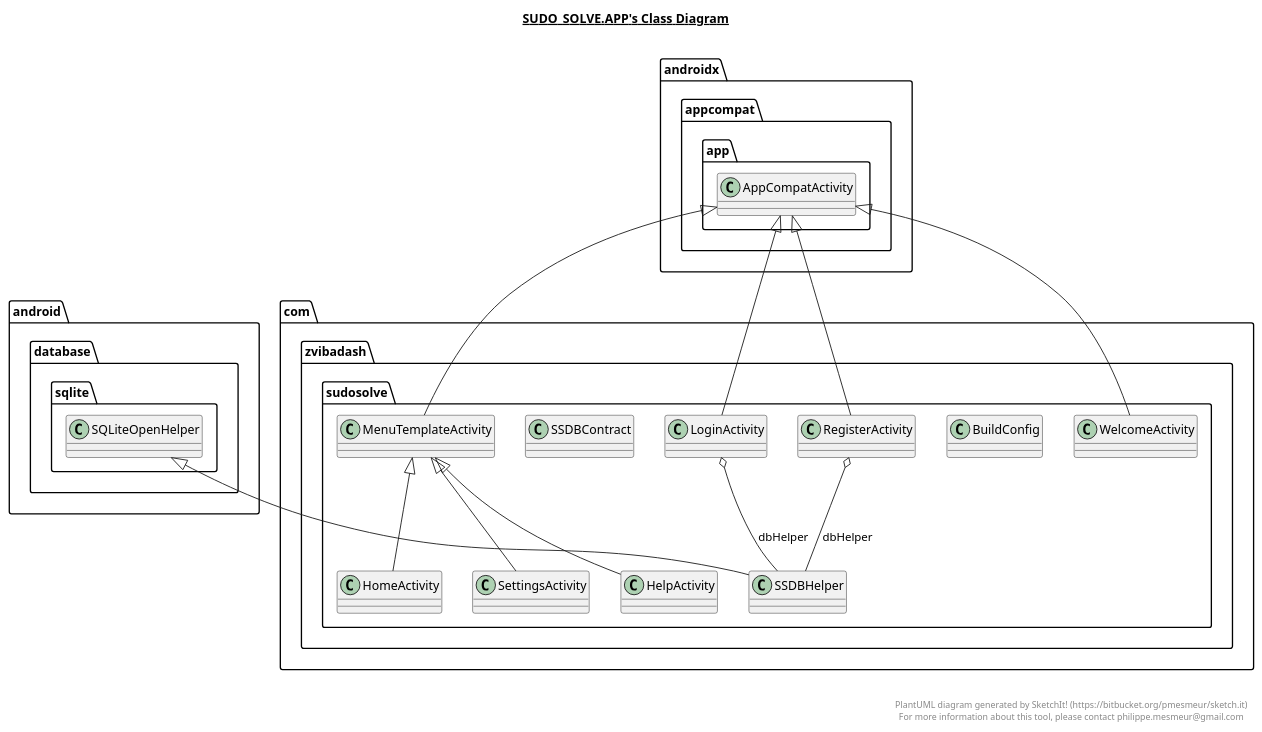
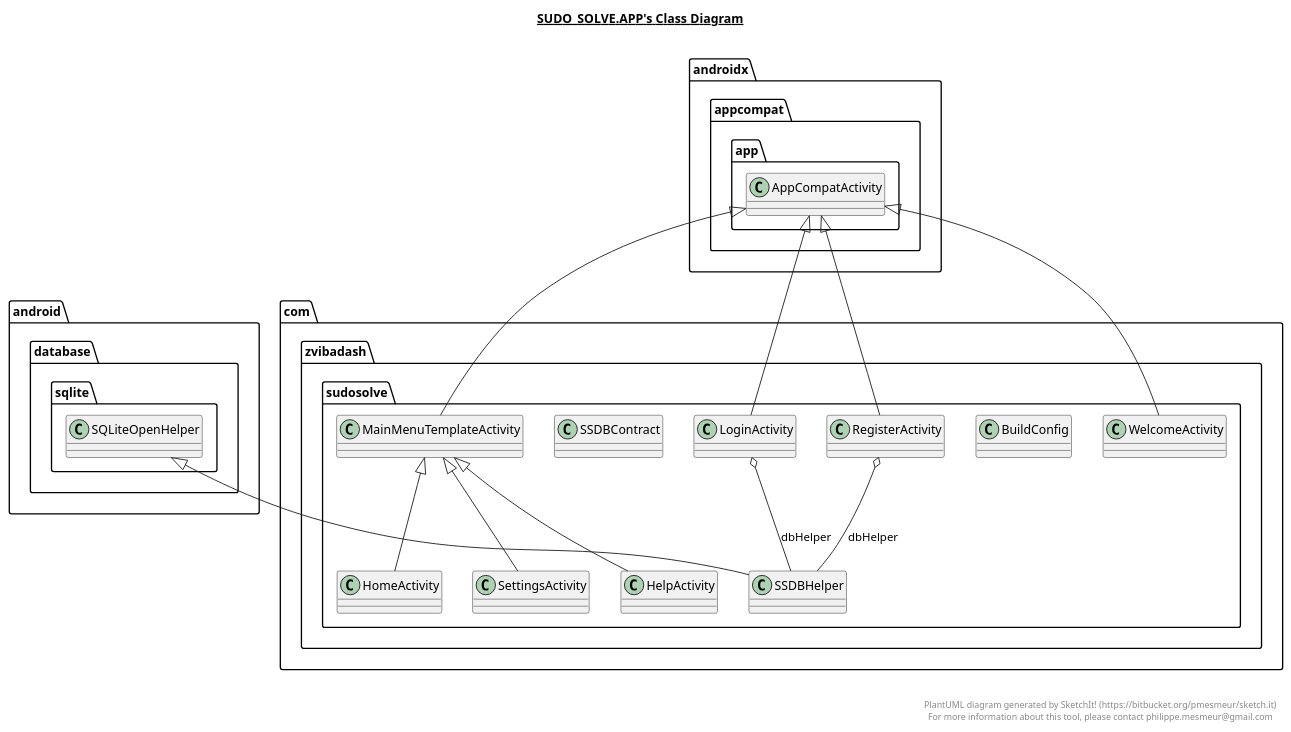
One commit to Zvi-Badash/Sudo-Solve changed the diagram in .idea/modules/app/app.plantuml. Above: the diagram before and after it, drawn with PlantUML. The commit also changed 22 other files, not shown here.

Commit message:
Added the basic HomeActivity. The gif there is temporary, and will probably be replaced.

```diff
--- a/.idea/modules/app/app.plantuml
+++ b/.idea/modules/app/app.plantuml
@@ -1,84 +1,84 @@
 @startuml
 
 title __SUDO_SOLVE.APP's Class Diagram__\n
 
   namespace com.zvibadash.sudosolve {
     class com.zvibadash.sudosolve.BuildConfig {
     }
   }
   
 
   namespace com.zvibadash.sudosolve {
     class com.zvibadash.sudosolve.HelpActivity {
     }
   }
   
 
   namespace com.zvibadash.sudosolve {
     class com.zvibadash.sudosolve.HomeActivity {
     }
   }
   
 
   namespace com.zvibadash.sudosolve {
     class com.zvibadash.sudosolve.LoginActivity {
     }
   }
   
 
   namespace com.zvibadash.sudosolve {
-    class com.zvibadash.sudosolve.MenuTemplateActivity {
+    class com.zvibadash.sudosolve.MainMenuTemplateActivity {
     }
   }
   
 
   namespace com.zvibadash.sudosolve {
     class com.zvibadash.sudosolve.RegisterActivity {
     }
   }
   
 
   namespace com.zvibadash.sudosolve {
     class com.zvibadash.sudosolve.SSDBContract {
     }
   }
   
 
   namespace com.zvibadash.sudosolve {
     class com.zvibadash.sudosolve.SSDBHelper {
     }
   }
   
 
   namespace com.zvibadash.sudosolve {
     class com.zvibadash.sudosolve.SettingsActivity {
     }
   }
   
 
   namespace com.zvibadash.sudosolve {
     class com.zvibadash.sudosolve.WelcomeActivity {
     }
   }
   
 
-  com.zvibadash.sudosolve.HelpActivity -up-|> com.zvibadash.sudosolve.MenuTemplateActivity
-  com.zvibadash.sudosolve.HomeActivity -up-|> com.zvibadash.sudosolve.MenuTemplateActivity
+  com.zvibadash.sudosolve.HelpActivity -up-|> com.zvibadash.sudosolve.MainMenuTemplateActivity
+  com.zvibadash.sudosolve.HomeActivity -up-|> com.zvibadash.sudosolve.MainMenuTemplateActivity
   com.zvibadash.sudosolve.LoginActivity -up-|> androidx.appcompat.app.AppCompatActivity
   com.zvibadash.sudosolve.LoginActivity o-- com.zvibadash.sudosolve.SSDBHelper : dbHelper
-  com.zvibadash.sudosolve.MenuTemplateActivity -up-|> androidx.appcompat.app.AppCompatActivity
+  com.zvibadash.sudosolve.MainMenuTemplateActivity -up-|> androidx.appcompat.app.AppCompatActivity
   com.zvibadash.sudosolve.RegisterActivity -up-|> androidx.appcompat.app.AppCompatActivity
   com.zvibadash.sudosolve.RegisterActivity o-- com.zvibadash.sudosolve.SSDBHelper : dbHelper
   com.zvibadash.sudosolve.SSDBHelper -up-|> android.database.sqlite.SQLiteOpenHelper
-  com.zvibadash.sudosolve.SettingsActivity -up-|> com.zvibadash.sudosolve.MenuTemplateActivity
+  com.zvibadash.sudosolve.SettingsActivity -up-|> com.zvibadash.sudosolve.MainMenuTemplateActivity
   com.zvibadash.sudosolve.WelcomeActivity -up-|> androidx.appcompat.app.AppCompatActivity
 
 
 right footer
 
 
 PlantUML diagram generated by SketchIt! (https://bitbucket.org/pmesmeur/sketch.it)
 For more information about this tool, please contact philippe.mesmeur@gmail.com
 endfooter
 
 @enduml
```
